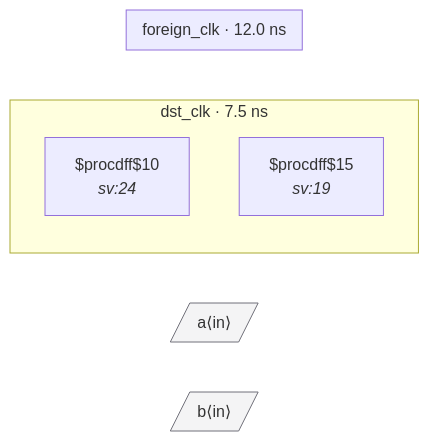
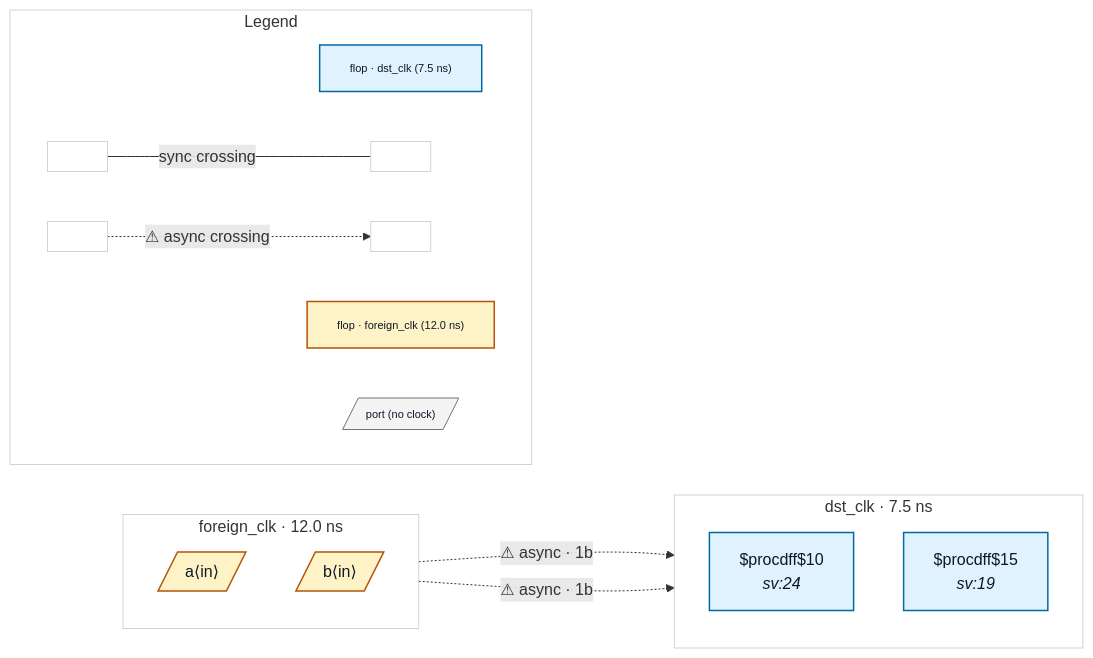
One commit to rtl-buddy/rtl-buddy-cdc changed the diagram in tests/fixtures/bad_input_delay_cross_domain/README.md. Above: the diagram before and after it, drawn with Mermaid. The commit also changed 71 other files, not shown here.

First line of the commit message:
Refresh fixture READMEs + render iterations (colors, legend, nested ports, clock-net edges)

````diff
--- a/tests/fixtures/bad_input_delay_cross_domain/README.md
+++ b/tests/fixtures/bad_input_delay_cross_domain/README.md
@@ -14,15 +14,42 @@
 ```mermaid
 %% bad_input_delay_cross_domain — generated by rtl-buddy-cdc render
 flowchart LR
   subgraph clk_dst_clk["dst_clk · 7.5 ns"]
     direction TB
-    f_1c5e9710["$procdff$10<br/><i>sv:24</i>"]
-    f_1cd1ec5f["$procdff$15<br/><i>sv:19</i>"]
+    f_1c5e9710["$procdff$10<br/><i>sv:24</i>"]:::ckcls_dst_clk
+    f_1cd1ec5f["$procdff$15<br/><i>sv:19</i>"]:::ckcls_dst_clk
   end
   subgraph clk_foreign_clk["foreign_clk · 12.0 ns"]
     direction TB
+    p_in_a[/"a⟨in⟩"/]:::ckcls_foreign_clk
+    p_in_b[/"b⟨in⟩"/]:::ckcls_foreign_clk
   end
-  p_in_a[/"a⟨in⟩"/]:::port
-  p_in_b[/"b⟨in⟩"/]:::port
-  classDef port fill:#f4f4f5,stroke:#71717a
+  p_in_a -. "⚠ async · 1b" .-> f_1cd1ec5f
+  p_in_b -. "⚠ async · 1b" .-> f_1cd1ec5f
+  subgraph rb_legend["Legend"]
+    direction LR
+    lg_clk_dst_clk["flop · dst_clk (7.5 ns)"]:::ckcls_dst_clk
+    lg_clk_foreign_clk["flop · foreign_clk (12.0 ns)"]:::ckcls_foreign_clk
+    lg_port[/"port (no clock)"/]:::port_unassigned
+    lg_sync_a[" "]:::ckcls_legend_neutral
+    lg_sync_b[" "]:::ckcls_legend_neutral
+    lg_async_a[" "]:::ckcls_legend_neutral
+    lg_async_b[" "]:::ckcls_legend_neutral
+    lg_sync_a --- |"sync crossing"| lg_sync_b
+    lg_async_a -. "⚠ async crossing" .-> lg_async_b
+  end
+  style clk_dst_clk fill:none,stroke:#cbd5e1
+  style clk_foreign_clk fill:none,stroke:#cbd5e1
+  style rb_legend fill:none,stroke:#cbd5e1
+  style lg_clk_dst_clk font-size:11px
+  style lg_clk_foreign_clk font-size:11px
+  style lg_port font-size:11px
+  style lg_sync_a font-size:11px
+  style lg_sync_b font-size:11px
+  style lg_async_a font-size:11px
+  style lg_async_b font-size:11px
+  classDef ckcls_dst_clk fill:#e0f2fe,stroke:#0369a1,stroke-width:1.5px,color:#0f172a
+  classDef ckcls_foreign_clk fill:#fef3c7,stroke:#b45309,stroke-width:1.5px,color:#0f172a
+  classDef port_unassigned fill:#f4f4f5,stroke:#71717a,color:#0f172a
+  classDef ckcls_legend_neutral fill:#ffffff,stroke:#cbd5e1,stroke-width:1px,color:#0f172a
 ```
````
